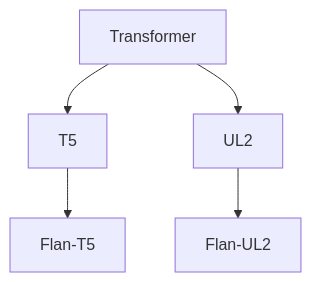
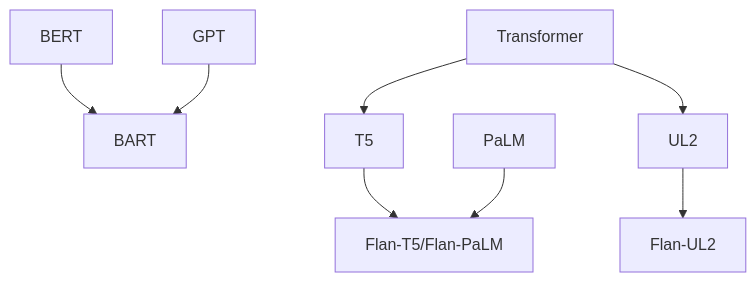
One commit to ted-sharp/chatvox changed the seventh of 11 diagrams in doc/llm.md. Above: the diagram before and after it, drawn with Mermaid. The commit also changed other lines of this file, not shown here.

````diff
--- a/doc/llm.md
+++ b/doc/llm.md
@@ -262,6 +290,11 @@
 ```mermaid
 flowchart
 
-Transformer --> T5 --> Flan-T5
+BERT --> BART
+GPT --> BART
+
+Transformer --> T5 --> Flan-T5/Flan-PaLM
+PaLM --> Flan-T5/Flan-PaLM
+
 Transformer --> UL2 --> Flan-UL2
 ```
````
